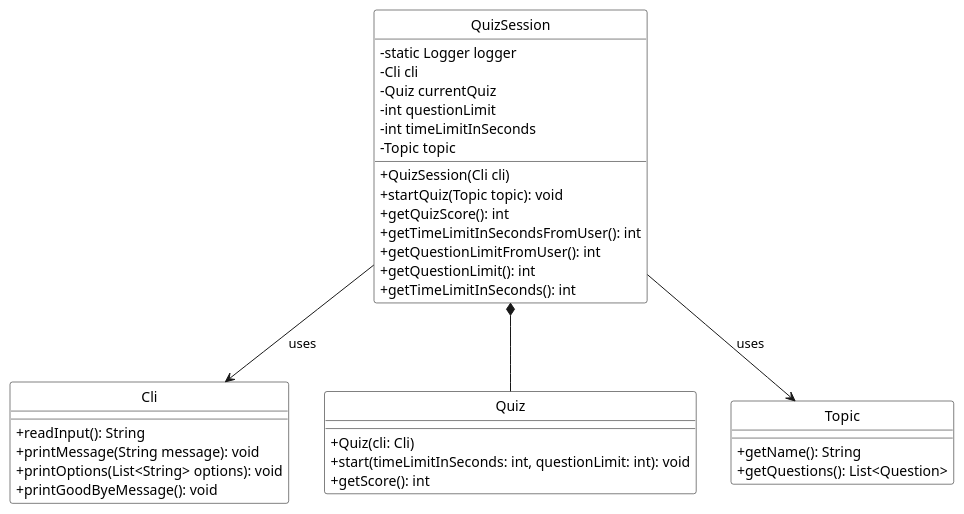
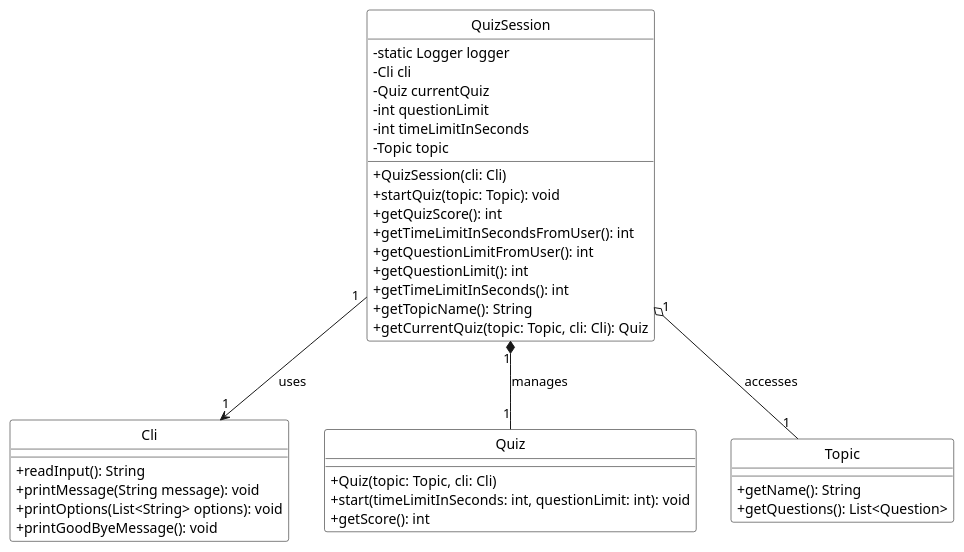
Before and after one commit to nus-cs2113-AY2425S1/tp: the diagram in docs/UML/puml-files/QuizSession/QuizSessionClassDiagram.puml, drawn with PlantUML. The commit also changed 4 other files, not shown here.

Commit message:
Implement class and sequence diagrams for QuizSession section

```diff
--- a/docs/UML/puml-files/QuizSession/QuizSessionClassDiagram.puml
+++ b/docs/UML/puml-files/QuizSession/QuizSessionClassDiagram.puml
@@ -1,54 +1,53 @@
 @startuml
 hide stereotype
-
 hide circle
 
 skinparam classAttributeIconSize 0
-
 skinparam class {
     BackgroundColor White
     BorderColor Black
     FontColor Black
 }
-
 
 class Cli {
     + readInput(): String
     + printMessage(String message): void
     + printOptions(List<String> options): void
     + printGoodByeMessage(): void
 }
 
 class QuizSession {
     - static Logger logger
     - Cli cli
     - Quiz currentQuiz
     - int questionLimit
     - int timeLimitInSeconds
     - Topic topic
 
-    + QuizSession(Cli cli)
-    + startQuiz(Topic topic): void
+    + QuizSession(cli: Cli)
+    + startQuiz(topic: Topic): void
     + getQuizScore(): int
     + getTimeLimitInSecondsFromUser(): int
     + getQuestionLimitFromUser(): int
     + getQuestionLimit(): int
     + getTimeLimitInSeconds(): int
+    + getTopicName(): String
+    + getCurrentQuiz(topic: Topic, cli: Cli): Quiz
 }
 
 class Quiz {
-    + Quiz(cli: Cli)
+    + Quiz(topic: Topic, cli: Cli)
     + start(timeLimitInSeconds: int, questionLimit: int): void
     + getScore(): int
 }
 
 class Topic {
     + getName(): String
     + getQuestions(): List<Question>
 }
 
-QuizSession *-- Quiz
-QuizSession --> Cli : uses
-QuizSession --> Topic : uses
+QuizSession "1" *-- "1" Quiz : manages
+QuizSession "1" --> "1" Cli : uses
+QuizSession "1" o-- "1" Topic : accesses
 
 @enduml
```
